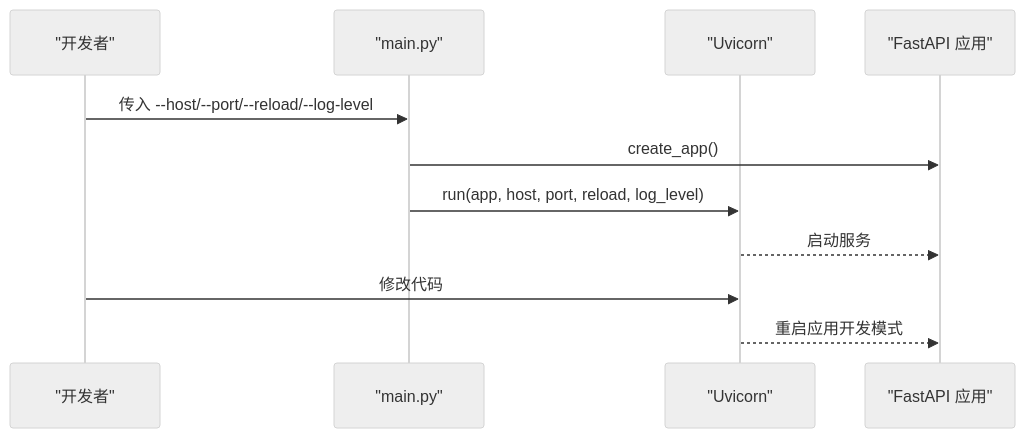
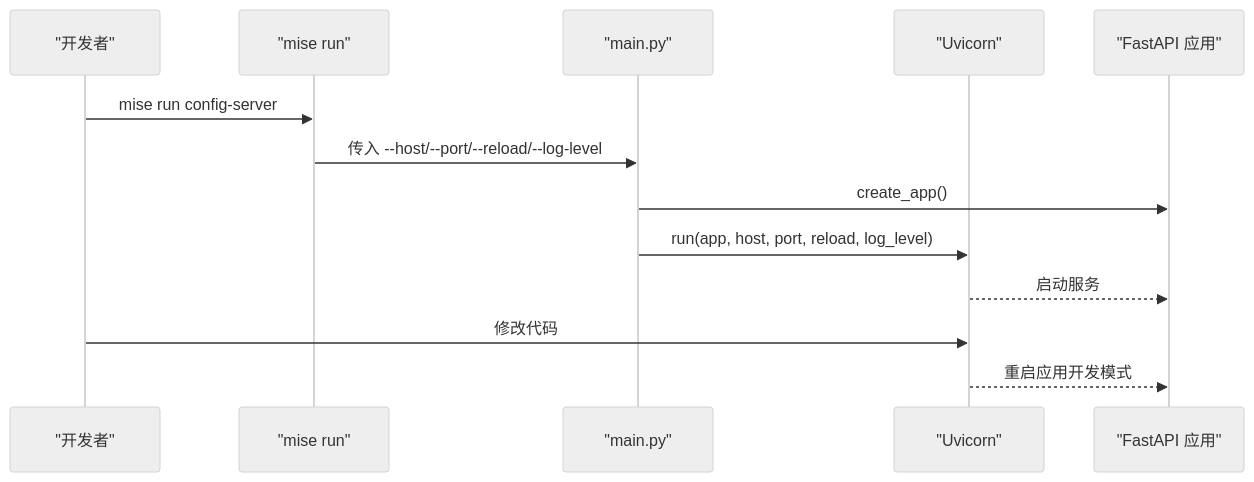
The fourth of 5 diagrams in .qoder/repowiki/zh/content/开发指南/开发环境搭建.md (xinetzone/tao), drawn with Mermaid (neutral theme) before and after one commit. The commit also changed other lines of this file and 5 other files, not shown here.

````diff
--- a/.qoder/repowiki/zh/content/开发指南/开发环境搭建.md
+++ b/.qoder/repowiki/zh/content/开发指南/开发环境搭建.md
@@ -208,13 +225,15 @@
 ```mermaid
 sequenceDiagram
 participant Dev as "开发者"
+participant Mise as "mise run"
 participant CLI as "main.py"
 participant Uvicorn as "Uvicorn"
 participant App as "FastAPI 应用"
-Dev->>CLI : 传入 --host/--port/--reload/--log-level
+Dev->>Mise : mise run config-server
+Mise->>CLI : 传入 --host/--port/--reload/--log-level
 CLI->>App : create_app()
 CLI->>Uvicorn : run(app, host, port, reload, log_level)
 Uvicorn-->>App : 启动服务
 Dev->>Uvicorn : 修改代码
 Uvicorn-->>App : 重启应用开发模式
 ```
````
